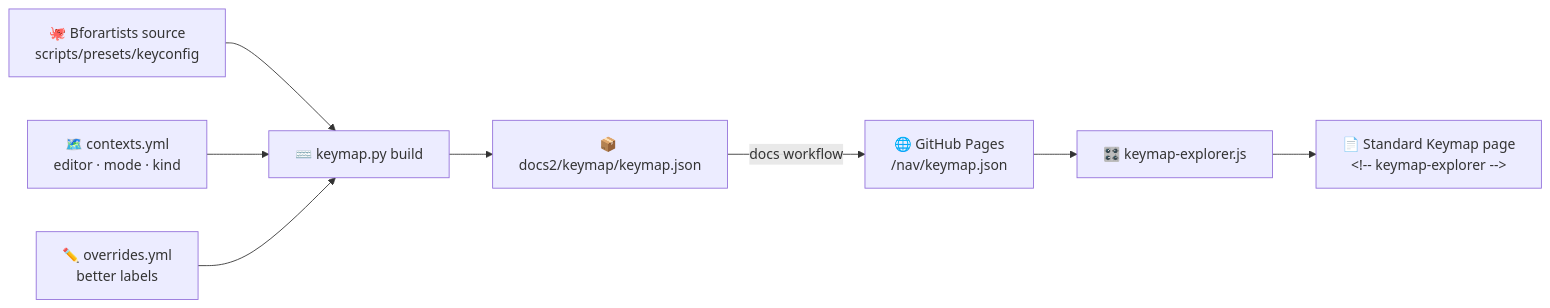
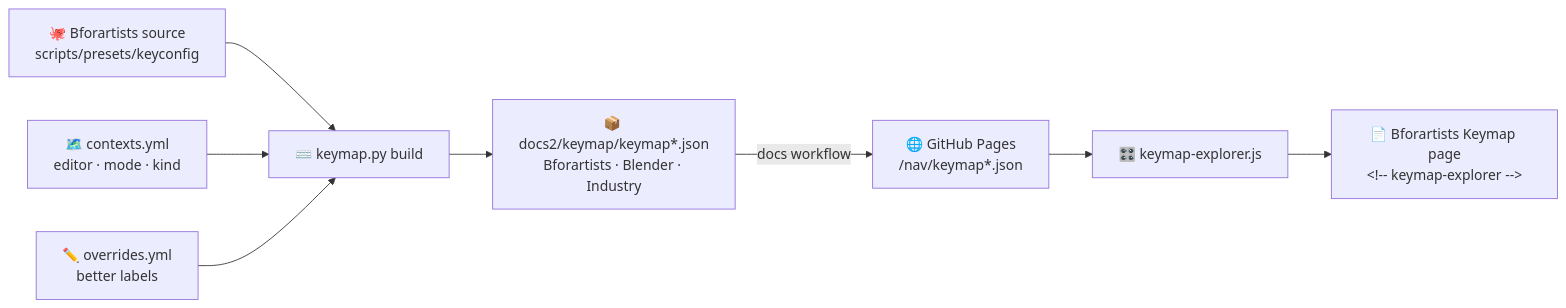
Before and after one commit to Bforartists/Manual: the diagram in docs2/dev-docs/Keymap.md, drawn with Mermaid. The commit also changed other lines of this file and 16 other files, not shown here.

First line of the commit message:
Queue 7 + 8: keymap presets, explorer layout, keymap pages

````diff
--- a/docs2/dev-docs/Keymap.md
+++ b/docs2/dev-docs/Keymap.md
@@ -9,10 +9,10 @@
 ```mermaid
 flowchart LR
   SRC["🐙 Bforartists source<br/>scripts/presets/keyconfig"] --> TOOL["⌨️ keymap.py build"]
   CTX["🗺️ contexts.yml<br/>editor · mode · kind"] --> TOOL
   OVR["✏️ overrides.yml<br/>better labels"] --> TOOL
-  TOOL --> JSON["📦 docs2/keymap/keymap.json"]
-  JSON -->|"docs workflow"| GHP["🌐 GitHub Pages<br/>/nav/keymap.json"]
+  TOOL --> JSON["📦 docs2/keymap/keymap*.json<br/>Bforartists · Blender · Industry"]
+  JSON -->|"docs workflow"| GHP["🌐 GitHub Pages<br/>/nav/keymap*.json"]
   GHP --> JS["🎛️ keymap-explorer.js"]
-  JS --> PAGE["📄 Standard Keymap page<br/>&lt;!-- keymap-explorer --&gt;"]
+  JS --> PAGE["📄 Bforartists Keymap page<br/>&lt;!-- keymap-explorer --&gt;"]
 ```
````
